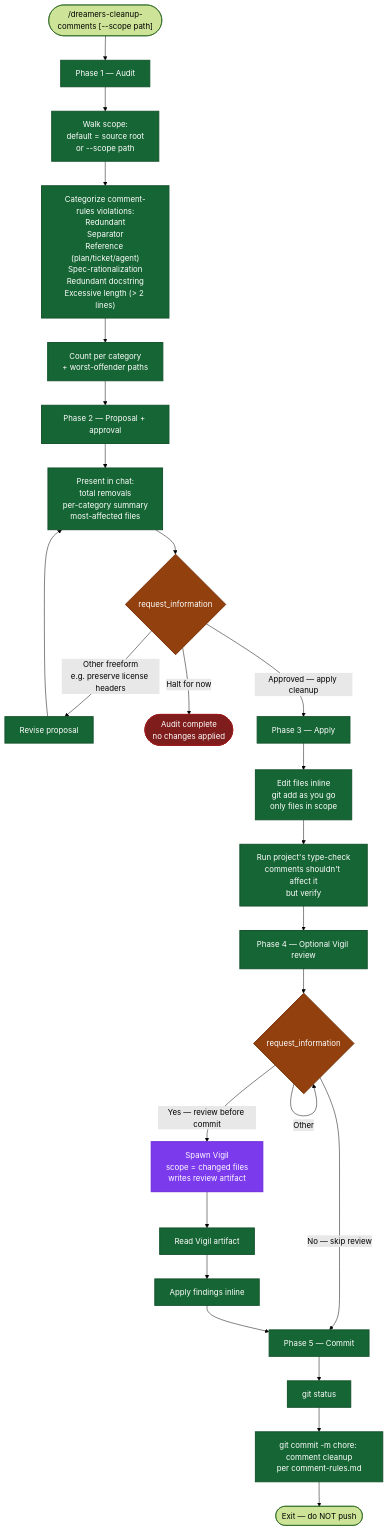
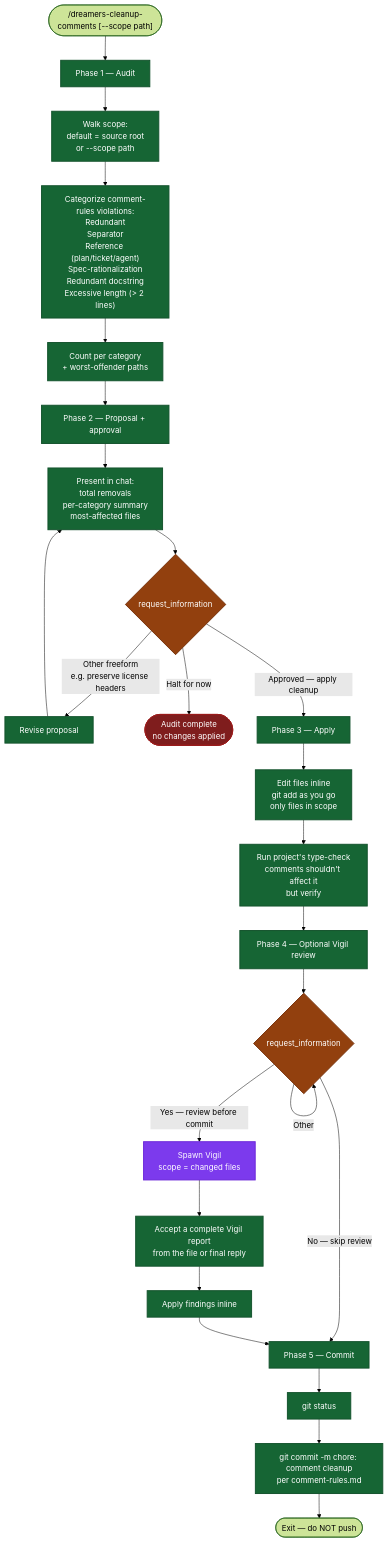
Before and after one commit to mrStorrs/dreamers-copilot: the diagram in .github/skills/dreamers-cleanup-comments/readme.md, drawn with Mermaid (forest theme). The commit also changed other lines of this file and 35 other files, not shown here.

Commit message:
fix: accept complete Dreamers reviewer handoffs from either channel

````diff
--- a/.github/skills/dreamers-cleanup-comments/readme.md
+++ b/.github/skills/dreamers-cleanup-comments/readme.md
@@ -5,42 +5,42 @@
 ```mermaid
 flowchart TD
     Start(["/dreamers-cleanup-comments [--scope path]"]) --> P1
 
     P1["Phase 1 — Audit"] --> Walk["Walk scope:<br/>default = source root<br/>or --scope path"]
     Walk --> Categorize["Categorize comment-rules violations:<br/>Redundant<br/>Separator<br/>Reference (plan/ticket/agent)<br/>Spec-rationalization<br/>Redundant docstring<br/>Excessive length (> 2 lines)"]
     Categorize --> CountReport["Count per category<br/>+ worst-offender paths"]
     CountReport --> P2
 
     P2["Phase 2 — Proposal + approval"] --> Propose["Present in chat:<br/>total removals<br/>per-category summary<br/>most-affected files"]
     Propose --> ApprovalGate{"request_information"}
     ApprovalGate -->|"Other freeform<br/>e.g. preserve license headers"| Revise["Revise proposal"]
     Revise --> Propose
     ApprovalGate -->|Halt for now| HaltA(["Audit complete<br/>no changes applied"])
     ApprovalGate -->|Approved — apply cleanup| P3
 
     P3["Phase 3 — Apply"] --> Apply["Edit files inline<br/>git add as you go<br/>only files in scope"]
     Apply --> TypeCheck["Run project's type-check<br/>comments shouldn't affect it<br/>but verify"]
     TypeCheck --> P4
 
     P4["Phase 4 — Optional Vigil review"] --> ReviewGate{"request_information"}
     ReviewGate -->|Other| ReviewGate
     ReviewGate -->|No — skip review| P5
-    ReviewGate -->|Yes — review before commit| SpawnVigil["Spawn Vigil<br/>scope = changed files<br/>writes review artifact"]
-    SpawnVigil --> ReadArtifact["Read Vigil artifact"]
-    ReadArtifact --> ApplyFindings["Apply findings inline"]
+    ReviewGate -->|Yes — review before commit| SpawnVigil["Spawn Vigil<br/>scope = changed files"]
+    SpawnVigil --> CollectReview["Accept a complete Vigil report<br/>from the file or final reply"]
+    CollectReview --> ApplyFindings["Apply findings inline"]
     ApplyFindings --> P5
 
     P5["Phase 5 — Commit"] --> Status["git status"]
     Status --> Commit["git commit -m chore: comment cleanup<br/>per comment-rules.md"]
     Commit --> End(["Exit — do NOT push"])
 
     classDef gate fill:#92400e,stroke:#78350f,stroke-width:2px,color:#fff
     classDef halt fill:#7f1d1d,stroke:#991b1b,stroke-width:2px,color:#fff
     classDef phase fill:#166534,stroke:#14532d,stroke-width:2px,color:#fff
     classDef agent fill:#7c3aed,stroke:#6d28d9,stroke-width:2px,color:#fff
 
     class ApprovalGate,ReviewGate gate
     class HaltA halt
     class SpawnVigil agent
-    class P1,P2,P3,P4,P5,Walk,Categorize,CountReport,Propose,Revise,Apply,TypeCheck,ReadArtifact,ApplyFindings,Status,Commit phase
+    class P1,P2,P3,P4,P5,Walk,Categorize,CountReport,Propose,Revise,Apply,TypeCheck,CollectReview,ApplyFindings,Status,Commit phase
 ```
````
